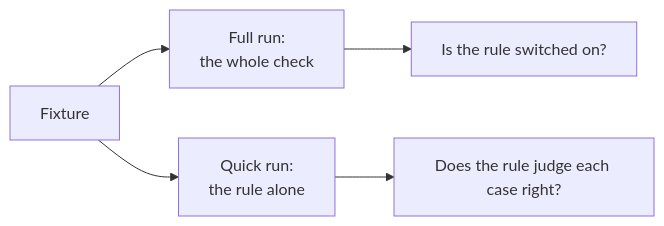
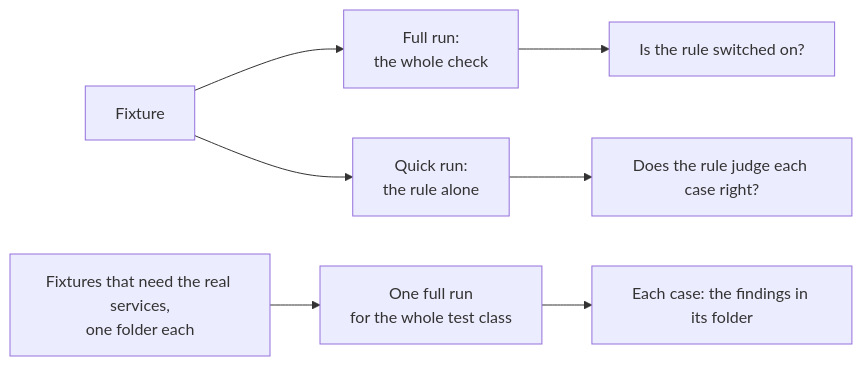
Before and after one commit to shinyredapples/intakt: the diagram in docs/guide/testing-a-new-check.md, drawn with Mermaid. The commit also changed other lines of this file, not shown here.

Commit message:
docs(guide): describe the grouped full run of container rule tests

````diff
--- a/docs/guide/testing-a-new-check.md
+++ b/docs/guide/testing-a-new-check.md
@@ -12,7 +12,9 @@
 ```mermaid
 flowchart LR
   fixture[Fixture] --> full[Full run:<br/>the whole check]
   fixture --> quick[Quick run:<br/>the rule alone]
+  services[Fixtures that need the real services,<br/>one folder each] --> grouped[One full run<br/>for the whole test class]
   full --> wired[Is the rule switched on?]
+  grouped --> folder[Each case: the findings in its folder]
   quick --> right[Does the rule judge each case right?]
 ```
````
